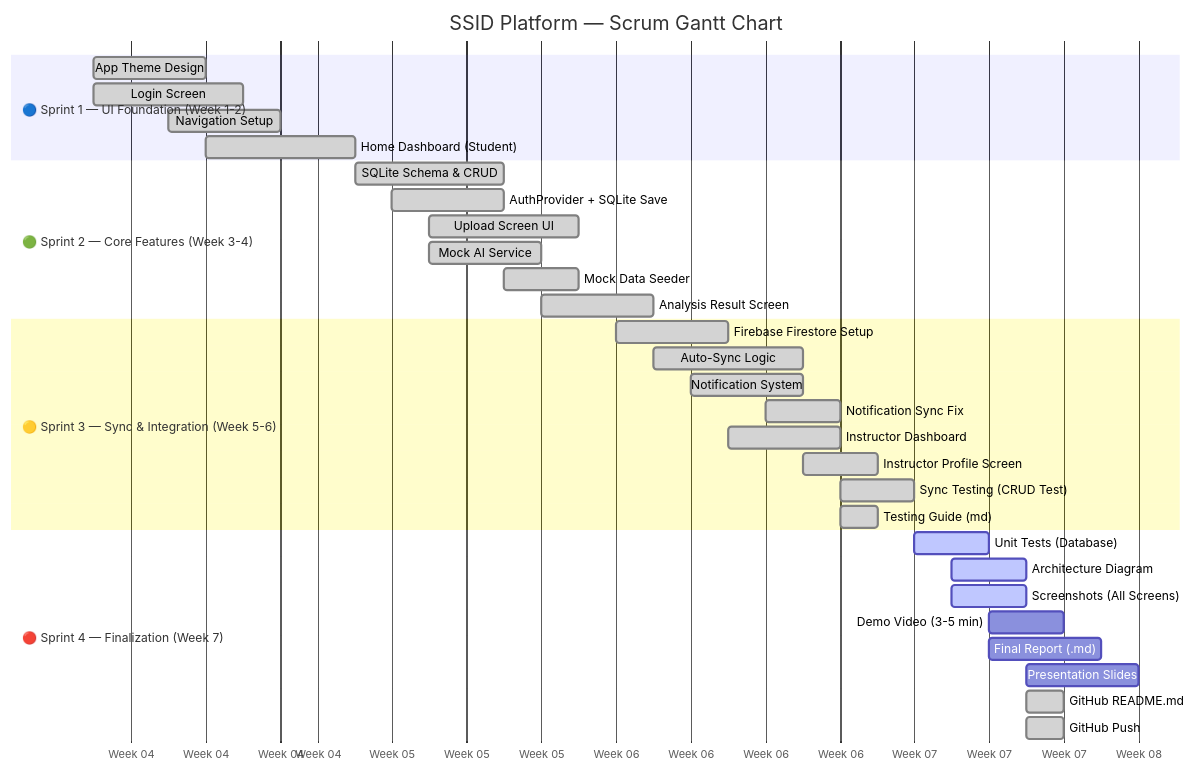
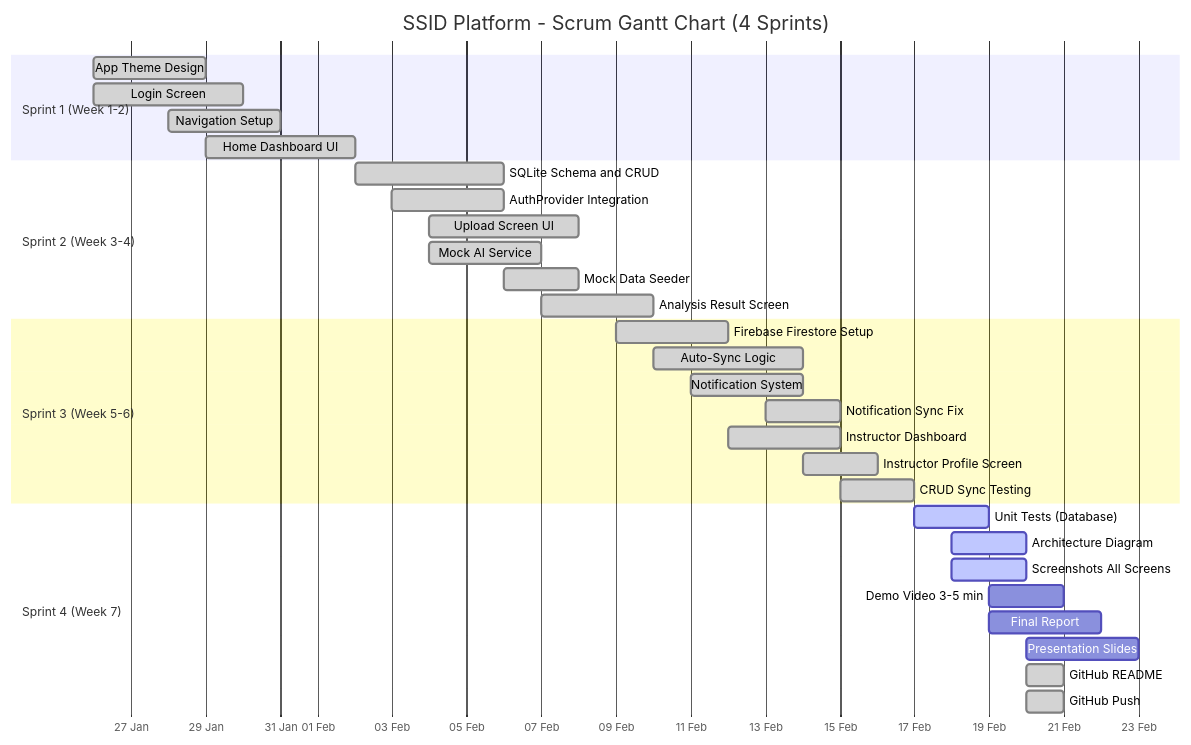
One commit to Apinan1234/ssid_app_v2- changed the diagram in docs/gantt_scrum.md. Above: the diagram before and after it, drawn with Mermaid. The commit also changed other lines of this file, not shown here.

Commit message:
Fix: Gantt Scrum chart - replace Thai text with English for proper Mermaid rendering

````diff
--- a/docs/gantt_scrum.md
+++ b/docs/gantt_scrum.md
@@ -11,40 +11,39 @@
 ```mermaid
 gantt
-    title SSID Platform — Scrum Gantt Chart
-    dateFormat  YYYY-MM-DD
-    axisFormat  Week %W
+    title SSID Platform - Scrum Gantt Chart (4 Sprints)
+    dateFormat YYYY-MM-DD
+    axisFormat %d %b
 
-    section 🔵 Sprint 1 — UI Foundation (Week 1-2)
-    App Theme Design           :done,    s1_1, 2026-01-26, 3d
-    Login Screen               :done,    s1_2, 2026-01-26, 4d
-    Navigation Setup           :done,    s1_3, 2026-01-28, 3d
-    Home Dashboard (Student)   :done,    s1_4, 2026-01-29, 4d
+    section Sprint 1 (Week 1-2)
+    App Theme Design          :done, s1a, 2026-01-26, 3d
+    Login Screen              :done, s1b, 2026-01-26, 4d
+    Navigation Setup          :done, s1c, 2026-01-28, 3d
+    Home Dashboard UI         :done, s1d, 2026-01-29, 4d
 
-    section 🟢 Sprint 2 — Core Features (Week 3-4)
-    SQLite Schema & CRUD       :done,    s2_1, 2026-02-02, 4d
-    AuthProvider + SQLite Save :done,    s2_2, 2026-02-03, 3d
-    Upload Screen UI           :done,    s2_3, 2026-02-04, 4d
-    Mock AI Service            :done,    s2_4, 2026-02-04, 3d
-    Mock Data Seeder           :done,    s2_5, 2026-02-06, 2d
-    Analysis Result Screen     :done,    s2_6, 2026-02-07, 3d
+    section Sprint 2 (Week 3-4)
+    SQLite Schema and CRUD    :done, s2a, 2026-02-02, 4d
+    AuthProvider Integration  :done, s2b, 2026-02-03, 3d
+    Upload Screen UI          :done, s2c, 2026-02-04, 4d
+    Mock AI Service           :done, s2d, 2026-02-04, 3d
+    Mock Data Seeder          :done, s2e, 2026-02-06, 2d
+    Analysis Result Screen    :done, s2f, 2026-02-07, 3d
 
-    section 🟡 Sprint 3 — Sync & Integration (Week 5-6)
-    Firebase Firestore Setup   :done,    s3_1, 2026-02-09, 3d
-    Auto-Sync Logic            :done,    s3_2, 2026-02-10, 4d
-    Notification System        :done,    s3_3, 2026-02-11, 3d
-    Notification Sync Fix      :done,    s3_4, 2026-02-13, 2d
-    Instructor Dashboard       :done,    s3_5, 2026-02-12, 3d
-    Instructor Profile Screen  :done,    s3_6, 2026-02-14, 2d
-    Sync Testing (CRUD Test)   :done,    s3_7, 2026-02-15, 2d
-    Testing Guide (md)         :done,    s3_8, 2026-02-15, 1d
+    section Sprint 3 (Week 5-6)
+    Firebase Firestore Setup  :done, s3a, 2026-02-09, 3d
+    Auto-Sync Logic           :done, s3b, 2026-02-10, 4d
+    Notification System       :done, s3c, 2026-02-11, 3d
+    Notification Sync Fix     :done, s3d, 2026-02-13, 2d
+    Instructor Dashboard      :done, s3e, 2026-02-12, 3d
+    Instructor Profile Screen :done, s3f, 2026-02-14, 2d
+    CRUD Sync Testing         :done, s3g, 2026-02-15, 2d
 
-    section 🔴 Sprint 4 — Finalization (Week 7)
-    Unit Tests (Database)      :active,  s4_1, 2026-02-17, 2d
-    Architecture Diagram       :active,  s4_2, 2026-02-18, 2d
-    Screenshots (All Screens)  :active,  s4_3, 2026-02-18, 2d
-    Demo Video (3-5 min)       :         s4_4, 2026-02-19, 2d
-    Final Report (.md)         :         s4_5, 2026-02-19, 3d
-    Presentation Slides        :         s4_6, 2026-02-20, 3d
-    GitHub README.md           :done,    s4_7, 2026-02-20, 1d
-    GitHub Push                :done,    s4_8, 2026-02-20, 1d
+    section Sprint 4 (Week 7)
+    Unit Tests (Database)     :active, s4a, 2026-02-17, 2d
+    Architecture Diagram      :active, s4b, 2026-02-18, 2d
+    Screenshots All Screens   :active, s4c, 2026-02-18, 2d
+    Demo Video 3-5 min        :s4d, 2026-02-19, 2d
+    Final Report              :s4e, 2026-02-19, 3d
+    Presentation Slides       :s4f, 2026-02-20, 3d
+    GitHub README             :done, s4g, 2026-02-20, 1d
+    GitHub Push               :done, s4h, 2026-02-20, 1d
 ```
````
